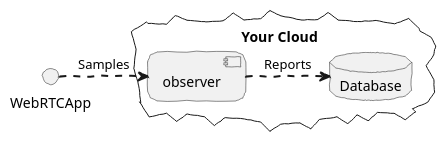
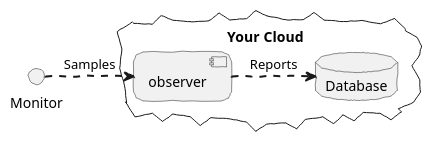
The diagram in docs/plantumls/superficial-overview.puml (ObserveRTC/observer-service), drawn with PlantUML before and after one commit. The commit also changed 5 other files, not shown here.

```diff
--- a/docs/plantumls/superficial-overview.puml
+++ b/docs/plantumls/superficial-overview.puml
@@ -1,20 +1,20 @@
 @startuml
 skinparam handwritten true
 skinparam roundcorner 20
 skinparam monochrome true
 skinparam arrowThickness 2
 skinparam BoxPadding 60
 
 
 
 cloud "Your Cloud" #transparent {
 	component observer
 	database "Database" as processor
 }
-() "WebRTCApp" as client
+() "Monitor" as client
 
 
 client ..r..> [observer] : Samples
 [observer] ..r..> processor: Reports
 
 @enduml
```
